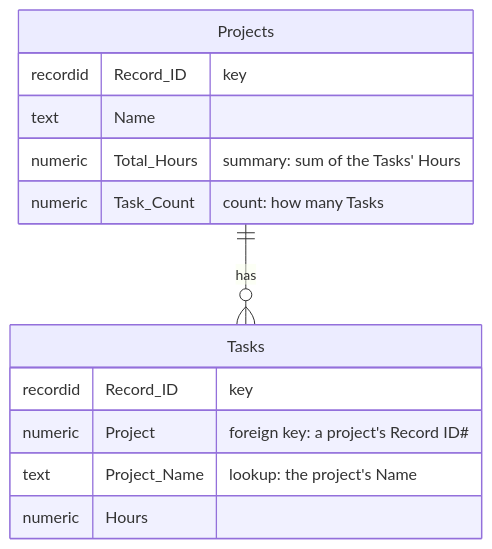
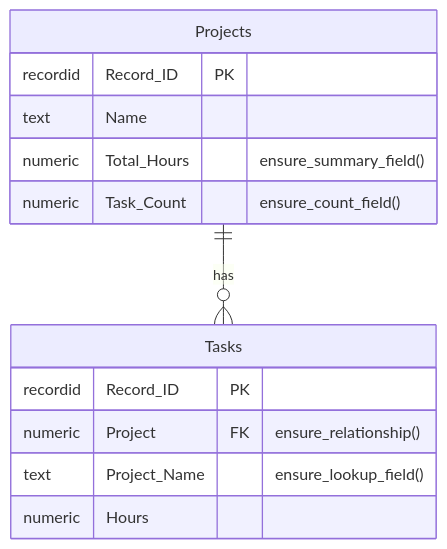
The first of 2 diagrams in docs/guides/schema.md (matthew-williams-solutions/pyquickbase), drawn with Mermaid before and after one commit. The commit also changed other lines of this file and 13 other files, not shown here.

First line of the commit message:
Keep the diagrams that show structure, and correct what they claimed

````diff
--- a/docs/guides/schema.md
+++ b/docs/guides/schema.md
@@ -100,16 +100,16 @@
 ```mermaid
 erDiagram
     Projects ||--o{ Tasks : "has"
     Projects {
-        recordid Record_ID "key"
+        recordid Record_ID PK
         text Name
-        numeric Total_Hours "summary: sum of the Tasks' Hours"
-        numeric Task_Count "count: how many Tasks"
+        numeric Total_Hours "ensure_summary_field()"
+        numeric Task_Count "ensure_count_field()"
     }
     Tasks {
-        recordid Record_ID "key"
-        numeric Project "foreign key: a project's Record ID#"
-        text Project_Name "lookup: the project's Name"
+        recordid Record_ID PK
+        numeric Project FK "ensure_relationship()"
+        text Project_Name "ensure_lookup_field()"
         numeric Hours
     }
 ```
````
